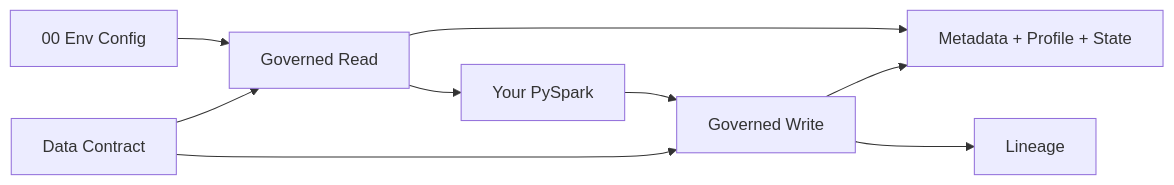
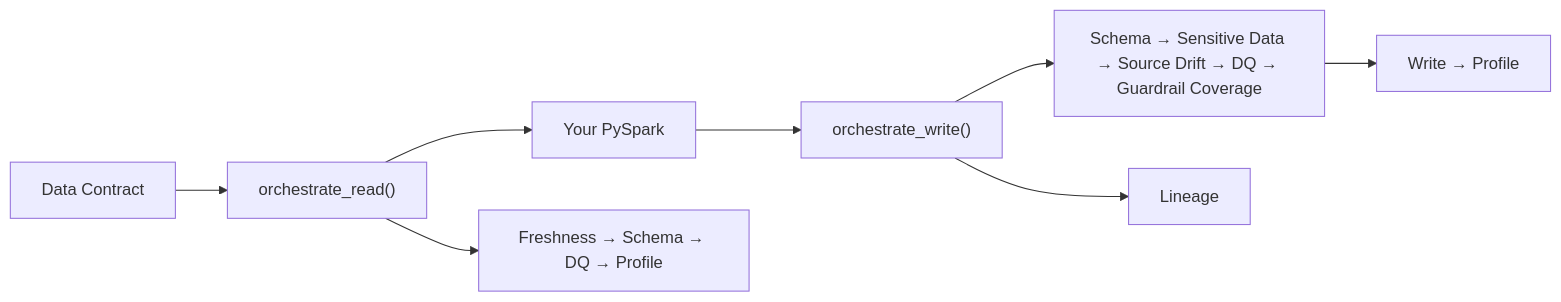
One commit to Voycepeh/FabricOps-Starter-Kit changed the second of 2 diagrams in docs/solutions/plug-and-play-data-pipelines.md. Above: the diagram before and after it, drawn with Mermaid. The commit also changed other lines of this file, not shown here.

Commit message:
docs: strengthen collapsible pipeline internals

````diff
--- a/docs/solutions/plug-and-play-data-pipelines.md
+++ b/docs/solutions/plug-and-play-data-pipelines.md
@@ -114,13 +117,11 @@
 ```mermaid
 flowchart LR
-    ENV["00 Env Config"] --> READ["Governed Read"]
+    CONTRACT["Data Contract"] --> READ["orchestrate_read()"]
     READ --> TRANSFORM["Your PySpark"]
-    TRANSFORM --> WRITE["Governed Write"]
+    TRANSFORM --> WRITE["orchestrate_write()"]
 
-    CONTRACT["Data Contract"] --> READ
-    CONTRACT --> WRITE
-
-    READ --> META["Metadata + Profile + State"]
-    WRITE --> META
+    READ --> READ_CHECKS["Freshness → Schema → DQ → Profile"]
+    WRITE --> WRITE_CHECKS["Schema → Sensitive Data → Source Drift → DQ → Guardrail Coverage"]
+    WRITE_CHECKS --> PUBLISH["Write → Profile"]
     WRITE --> LINEAGE["Lineage"]
 ```
````
